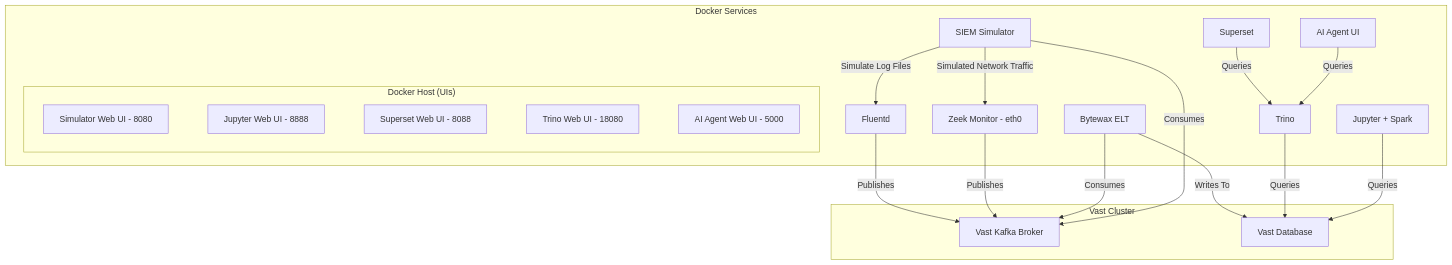
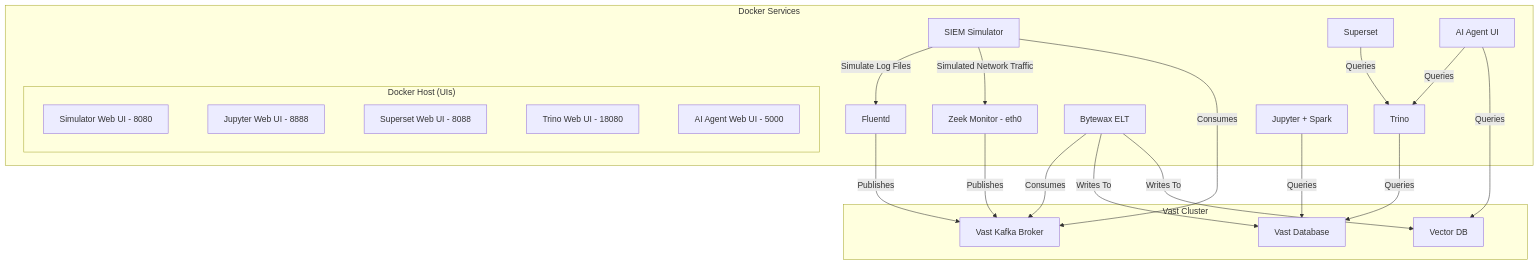
The diagram in docs/DESIGN.md (snowch/vastdata_siem_demo), drawn with Mermaid before and after one commit.

````diff
--- a/docs/DESIGN.md
+++ b/docs/DESIGN.md
@@ -17,42 +17,46 @@
 ```mermaid
 graph TD
     subgraph "Docker Services"
         Z[Zeek Monitor - eth0]
         S[SIEM Simulator]
         F[Fluentd]
         J[Bytewax ELT]
         T[Trino]
         AS[Superset]
         B[Jupyter + Spark]
         AI[AI Agent UI]
 
         S -- Simulate Log Files --> F
         S -- Simulated Network Traffic --> Z
         AS -- Queries --> T
         AI -- Queries --> T
 
+
         subgraph "Docker Host (UIs)"
             SW[Simulator Web UI - 8080]
             JW[Jupyter Web UI - 8888]
             ASW[Superset Web UI - 8088]
             TW[Trino Web UI - 18080]
             AG[AI Agent Web UI - 5000]
 
             %% This is the new line that forces the vertical layout %%
             SW ~~~ JW ~~~ ASW ~~~ TW ~~~ AG
         end
     end
 
     subgraph "Vast Cluster"
+        V[Vector DB]
         K[Vast Kafka Broker]
         VDB[Vast Database]
     end
 
     F -- Publishes --> K
     Z -- Publishes --> K
     J -- Consumes --> K
     S -- Consumes --> K
     J -- Writes To --> VDB
+    J -- Writes To --> V
     T -- Queries --> VDB
     B -- Queries --> VDB
+    AI -- Queries --> V
 ```
````
